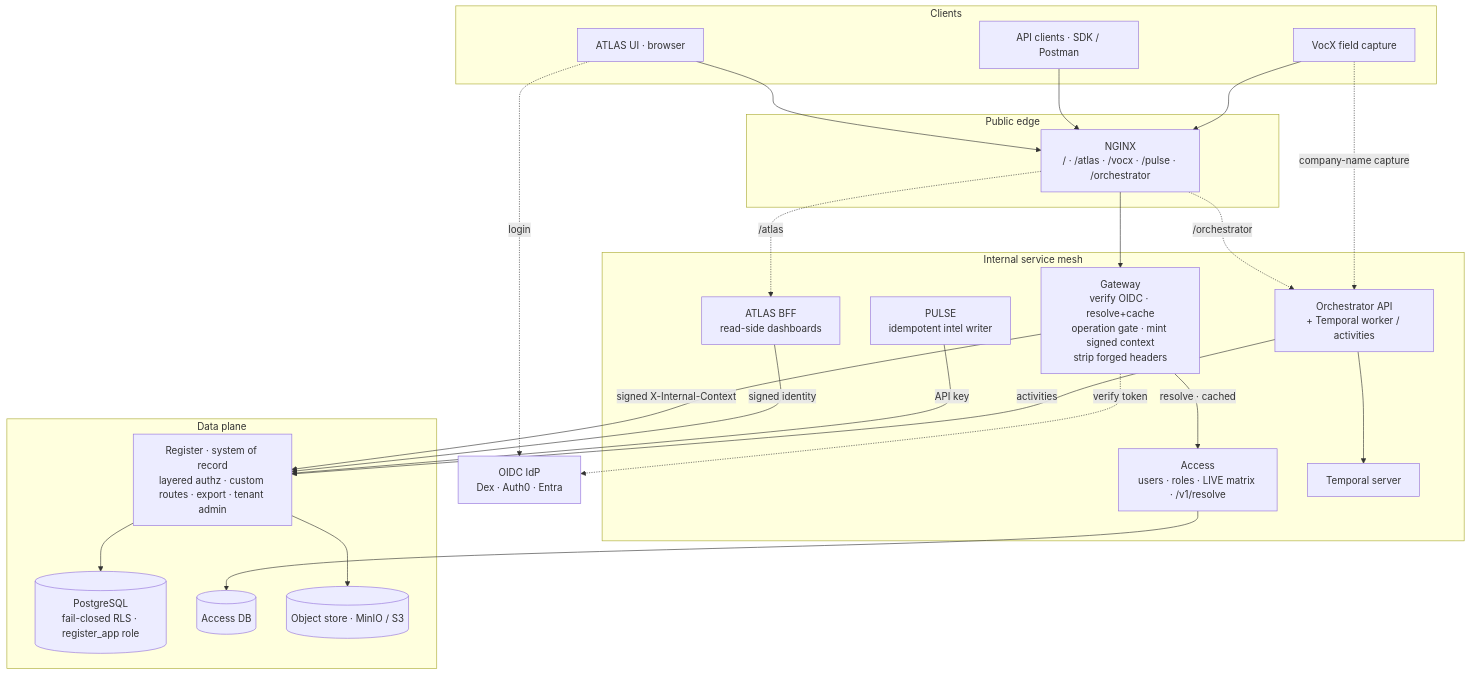
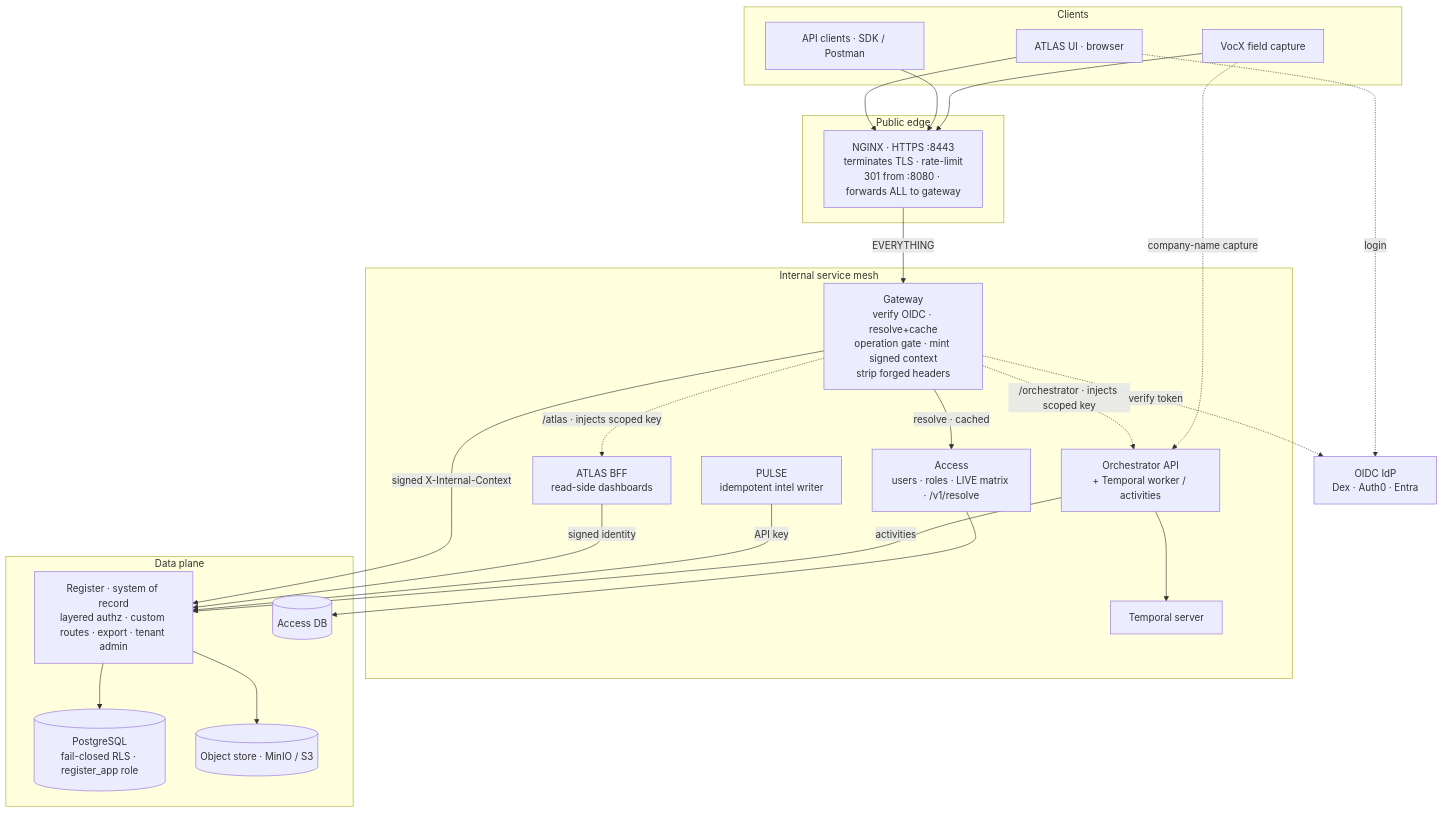
One commit to shashikanth-vh/vox changed the first of 9 diagrams in docs/ARCHITECTURE.md. Above: the diagram before and after it, drawn with Mermaid. The commit also changed other lines of this file and 194 other files, not shown here.

````diff
--- a/docs/ARCHITECTURE.md
+++ b/docs/ARCHITECTURE.md
@@ -22,44 +22,44 @@
 ```mermaid
 flowchart TB
   subgraph CL["Clients"]
     UI["ATLAS UI · browser"]
     API["API clients · SDK / Postman"]
     FLD["VocX field capture"]
   end
   IDP["OIDC IdP<br/>Dex · Auth0 · Entra"]
   subgraph EDGE["Public edge"]
-    NG["NGINX<br/>/ · /atlas · /vocx · /pulse · /orchestrator"]
+    NG["NGINX · HTTPS :8443<br/>terminates TLS · rate-limit<br/>301 from :8080 · forwards ALL to gateway"]
   end
   subgraph MESH["Internal service mesh"]
     GW["Gateway<br/>verify OIDC · resolve+cache<br/>operation gate · mint signed context<br/>strip forged headers"]
     AC["Access<br/>users · roles · LIVE matrix · /v1/resolve"]
     AT["ATLAS BFF<br/>read-side dashboards"]
     PU["PULSE<br/>idempotent intel writer"]
     OR["Orchestrator API<br/>+ Temporal worker / activities"]
     TE["Temporal server"]
   end
   subgraph DP["Data plane"]
     RG["Register · system of record<br/>layered authz · custom routes · export · tenant admin"]
     PG[("PostgreSQL<br/>fail-closed RLS · register_app role")]
     APG[("Access DB")]
     OBJ[("Object store · MinIO / S3")]
   end
   UI --> NG
   API --> NG
   FLD --> NG
   UI -. login .-> IDP
-  NG --> GW
-  NG -. /atlas .-> AT
-  NG -. /orchestrator .-> OR
+  NG -->|EVERYTHING| GW
+  GW -. /atlas · injects scoped key .-> AT
+  GW -. /orchestrator · injects scoped key .-> OR
   GW -. verify token .-> IDP
   GW -->|resolve · cached| AC
   GW -->|signed X-Internal-Context| RG
   AT -->|signed identity| RG
   PU -->|API key| RG
   OR --> TE
   OR -->|activities| RG
   FLD -. company-name capture .-> OR
   AC --> APG
   RG --> PG
   RG --> OBJ
 ```
````
